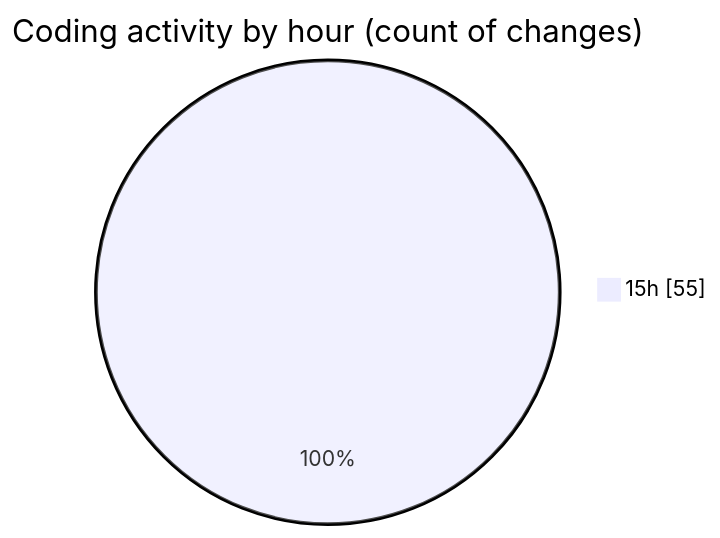
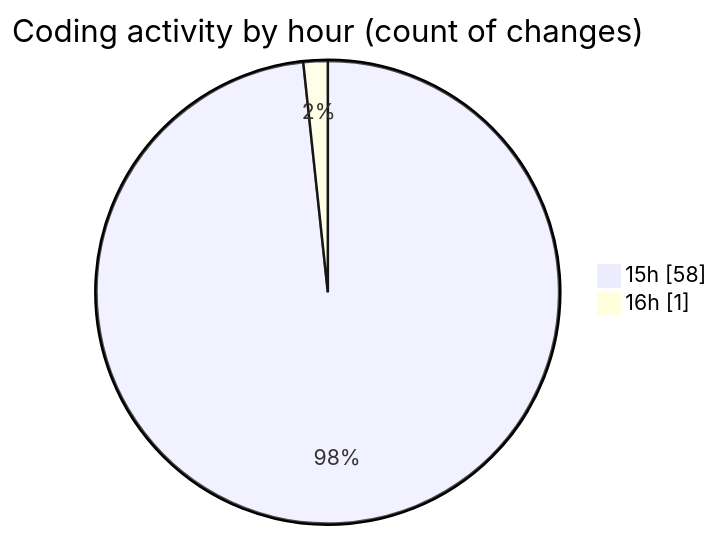
One commit to momahboobian/code-tracking changed the second of 2 diagrams in 2026-01-22/cda-web-components/README.md. Above: the diagram before and after it, drawn with Mermaid. The commit also changed other lines of this file and 1 other file, not shown here.

````diff
--- a/2026-01-22/cda-web-components/README.md
+++ b/2026-01-22/cda-web-components/README.md
@@ -63,5 +65,6 @@
 ```mermaid
 pie showData
 title Coding activity by hour (count of changes)
-"15h" : 55
+"15h" : 58
+"16h" : 1
 ```
````
